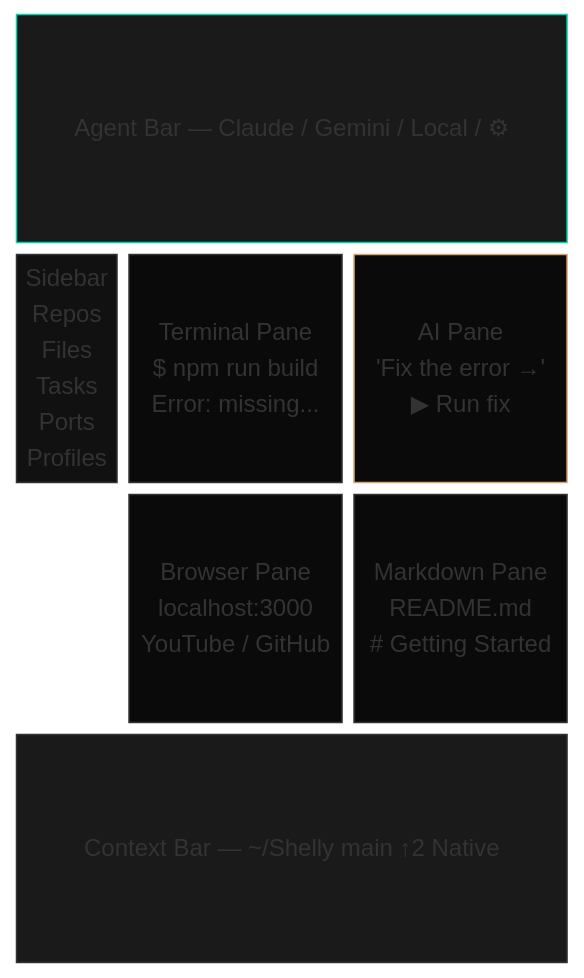
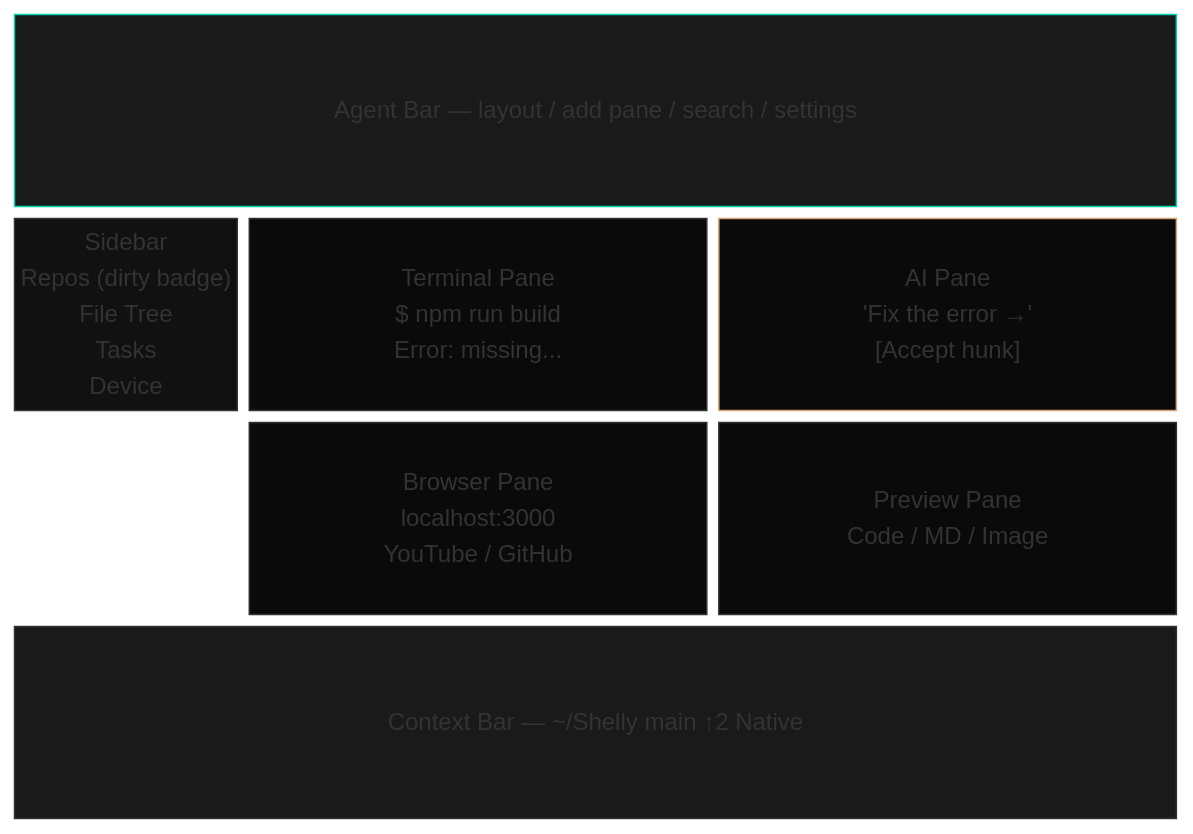
Before and after one commit to PKailab/Shelly: the first of 5 diagrams in README.md, drawn with Mermaid. The commit also changed other lines of this file and 2 other files, not shown here.

First line of the commit message:
feat(sidebar): live Ports monitor via ss -tlnp + browser pane open

````diff
--- a/README.md
+++ b/README.md
@@ -244,16 +356,16 @@
 ```mermaid
 block-beta
   columns 5
-  AB["Agent Bar — Claude / Gemini / Local / ⚙"]:5
-  SB["Sidebar\nRepos\nFiles\nTasks\nPorts\nProfiles"]:1 TP["Terminal Pane\n$ npm run build\nError: missing..."]:2 AP["AI Pane\n'Fix the error →'\n▶ Run fix"]:2
-  space:1 BP["Browser Pane\nlocalhost:3000\nYouTube / GitHub"]:2 MP["Markdown Pane\nREADME.md\n# Getting Started"]:2
-  CB["Context Bar — ~/Shelly  main ↑2  Native"]:5
+  AB["Agent Bar — layout / add pane / search / settings"]:5
+  SB["Sidebar\nRepos (dirty badge)\nFile Tree\nTasks\nDevice"]:1 TP["Terminal Pane\n$ npm run build\nError: missing..."]:2 AP["AI Pane\n'Fix the error →'\n[Accept hunk]"]:2
+  space:1 BP["Browser Pane\nlocalhost:3000\nYouTube / GitHub"]:2 MP["Preview Pane\nCode / MD / Image"]:2
+  CB["Context Bar — ~/Shelly  main  ↑2  Native"]:5
 
   style AB fill:#1a1a1a,stroke:#00D4AA,color:#00D4AA
   style SB fill:#111,stroke:#333,color:#ccc
   style TP fill:#0a0a0a,stroke:#333,color:#0f0
   style AP fill:#0a0a0a,stroke:#D4A574,color:#D4A574
   style BP fill:#0a0a0a,stroke:#333,color:#61AFEF
   style MP fill:#0a0a0a,stroke:#333,color:#ccc
   style CB fill:#1a1a1a,stroke:#333,color:#666
 ```
````
